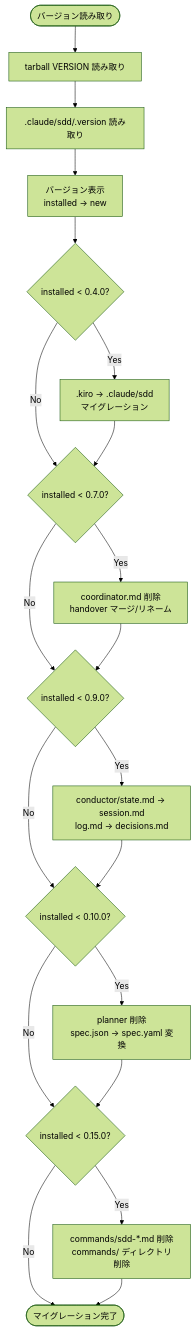
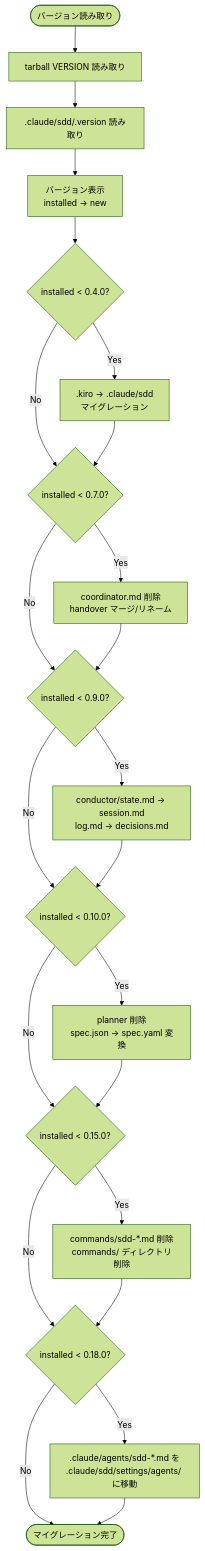
One commit to sync-dev-org/sync-sdd changed the fourth of 4 diagrams in .claude/sdd/project/specs/installer/design.md. Above: the diagram before and after it, drawn with Mermaid (forest theme). The commit also changed other lines of this file and 32 other files, not shown here.

````diff
--- a/.claude/sdd/project/specs/installer/design.md
+++ b/.claude/sdd/project/specs/installer/design.md
@@ -336,31 +350,36 @@
 ```mermaid
 flowchart TD
     START([バージョン読み取り]) --> READ_NEW[tarball VERSION 読み取り]
     READ_NEW --> READ_INST[.claude/sdd/.version 読み取り]
     READ_INST --> COMPARE[バージョン表示<br/>installed → new]
 
     COMPARE --> MIG_04{installed < 0.4.0?}
     MIG_04 -->|Yes| KIRO[.kiro → .claude/sdd<br/>マイグレーション]
     MIG_04 -->|No| MIG_07
     KIRO --> MIG_07
 
     MIG_07{installed < 0.7.0?}
     MIG_07 -->|Yes| COORD[coordinator.md 削除<br/>handover マージ/リネーム]
     MIG_07 -->|No| MIG_09
     COORD --> MIG_09
 
     MIG_09{installed < 0.9.0?}
     MIG_09 -->|Yes| HANDOVER[conductor/state.md → session.md<br/>log.md → decisions.md]
     MIG_09 -->|No| MIG_10
     HANDOVER --> MIG_10
 
     MIG_10{installed < 0.10.0?}
     MIG_10 -->|Yes| FORMAT[planner 削除<br/>spec.json → spec.yaml 変換]
     MIG_10 -->|No| MIG_15
     FORMAT --> MIG_15
 
     MIG_15{installed < 0.15.0?}
     MIG_15 -->|Yes| SKILLS[commands/sdd-*.md 削除<br/>commands/ ディレクトリ削除]
-    MIG_15 -->|No| DONE([マイグレーション完了])
-    SKILLS --> DONE
+    MIG_15 -->|No| MIG_18
+    SKILLS --> MIG_18
+
+    MIG_18{installed < 0.18.0?}
+    MIG_18 -->|Yes| AGENTS[.claude/agents/sdd-*.md を<br/>.claude/sdd/settings/agents/ に移動]
+    MIG_18 -->|No| DONE([マイグレーション完了])
+    AGENTS --> DONE
 ```
````
